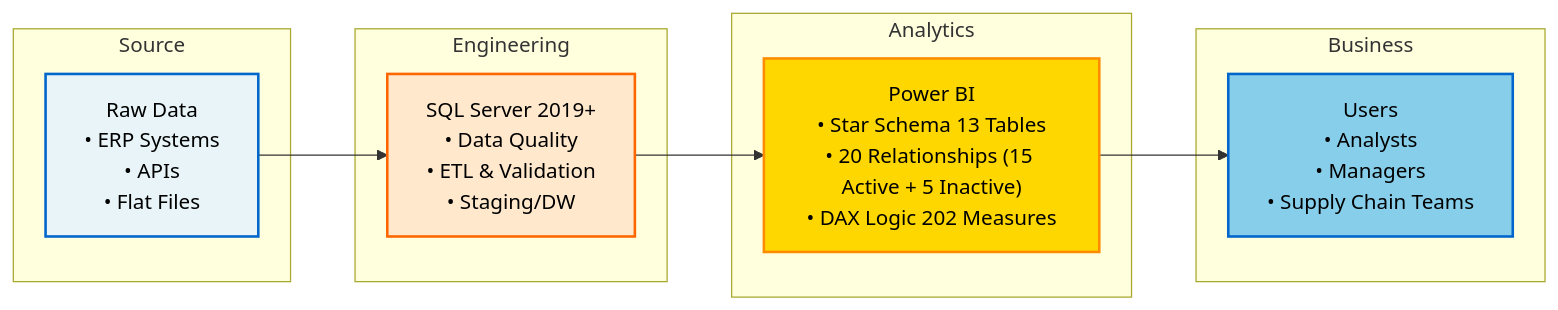
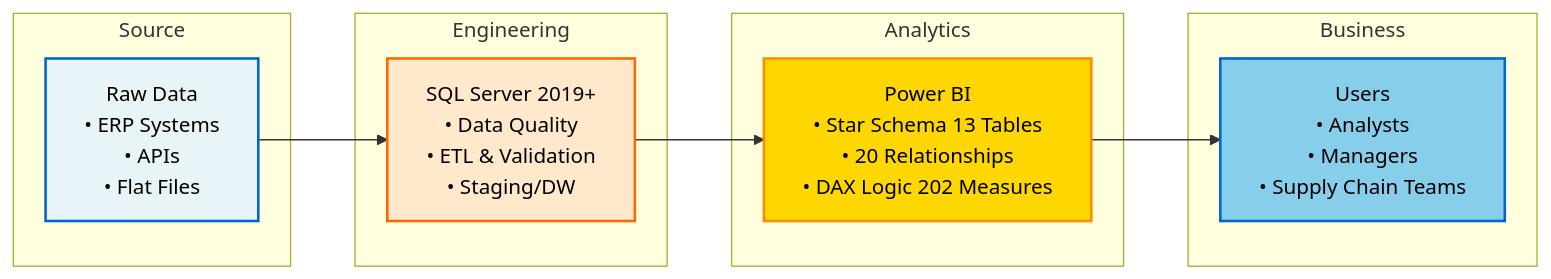
One commit to Data-Marc/pharma-logistics-bi changed the diagram in README.md. Above: the diagram before and after it, drawn with Mermaid. The commit also changed 2 other files, not shown here.

Commit message:
docs: Simplify relationships display to '20 Relationships' in architecture diagrams

````diff
--- a/README.md
+++ b/README.md
@@ -76,27 +76,27 @@
 ```mermaid
 graph LR
     subgraph "Source"
     A["Raw Data<br/>• ERP Systems<br/>• APIs<br/>• Flat Files"]
     end
     
     subgraph "Engineering"
     B["SQL Server 2019+<br/>• Data Quality<br/>• ETL & Validation<br/>• Staging/DW"]
     end
     
     subgraph "Analytics"
-    C["Power BI<br/>• Star Schema 13 Tables<br/>• 20 Relationships (15 Active + 5 Inactive)<br/>• DAX Logic 202 Measures"]
+    C["Power BI<br/>• Star Schema 13 Tables<br/>• 20 Relationships<br/>• DAX Logic 202 Measures"]
     end
     
     subgraph "Business"
     D["Users<br/>• Analysts<br/>• Managers<br/>• Supply Chain Teams"]
     end
 
     A --> B
     B --> C
     C --> D
     
     style A fill:#e8f4f8,stroke:#0066cc,stroke-width:2px,color:#000
     style B fill:#ffe8cc,stroke:#ff6600,stroke-width:2px,color:#000
     style C fill:#ffd700,stroke:#ff8c00,stroke-width:2px,color:#000
     style D fill:#87ceeb,stroke:#0066cc,stroke-width:2px,color:#000
 ```
````
